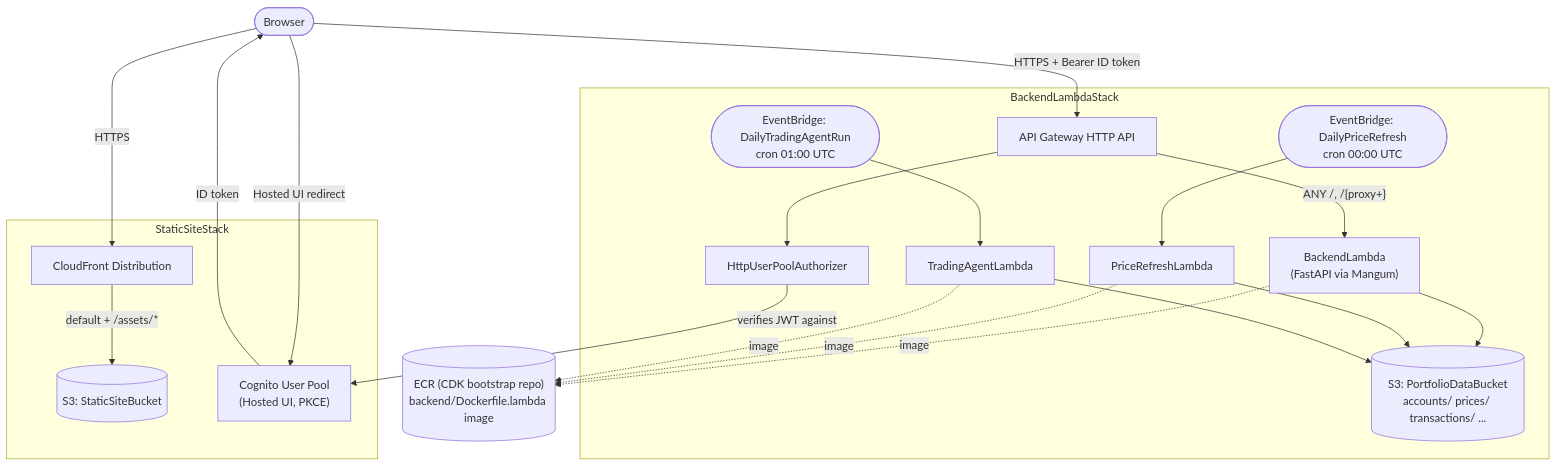
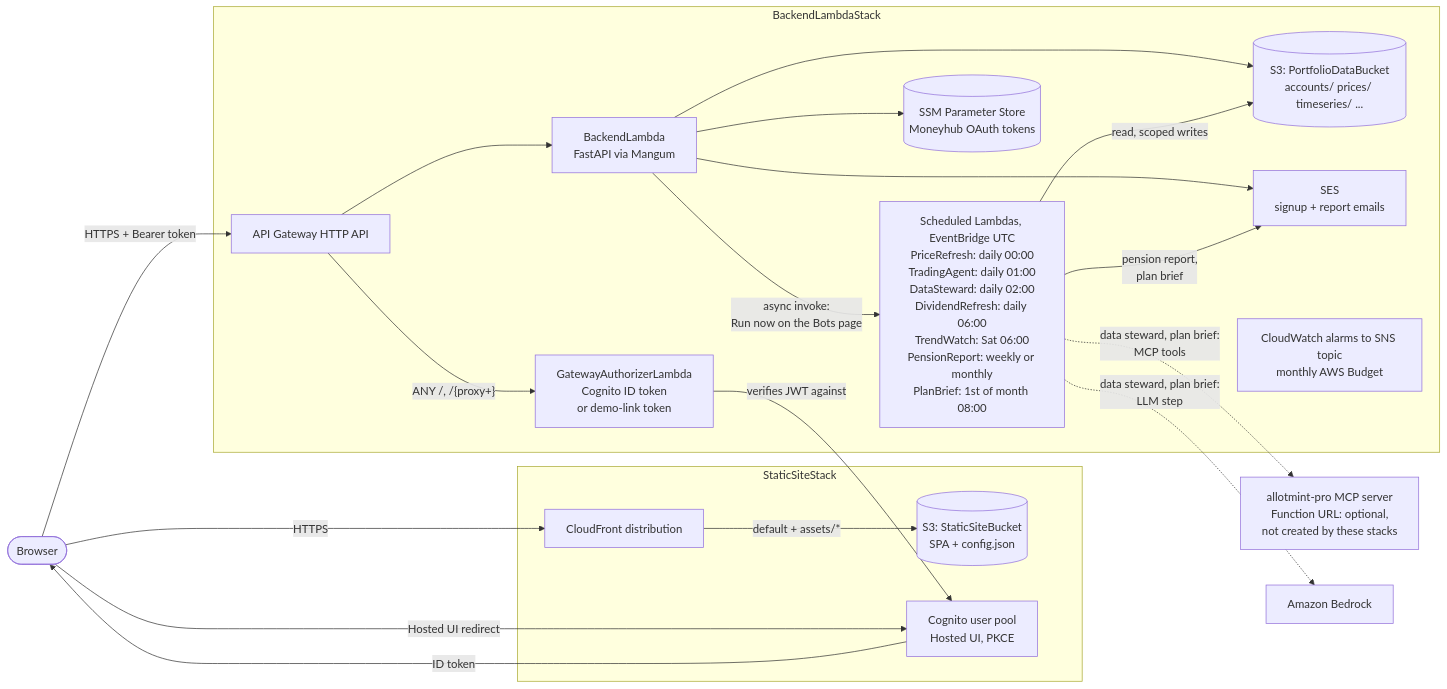
Before and after one commit to leonarduk/allotmint: the third of 4 diagrams in README.md, drawn with Mermaid. The commit also changed other lines of this file, not shown here.

First line of the commit message:
docs(readme): add system-overview and agent-workflow diagrams; refresh AWS diagrams and open-core table (#10644)

````diff
--- a/README.md
+++ b/README.md
@@ -52,40 +173,41 @@
 ```mermaid
-flowchart TD
+flowchart LR
     Browser(["Browser"])
 
     subgraph StaticSiteStack["StaticSiteStack"]
-        CF["CloudFront Distribution"]
-        S3Static[("S3: StaticSiteBucket")]
-        Cognito["Cognito User Pool\n(Hosted UI, PKCE)"]
+        CF["CloudFront distribution"]
+        S3Static[("S3: StaticSiteBucket<br/>SPA + config.json")]
+        Cognito["Cognito user pool<br/>Hosted UI, PKCE"]
     end
 
     subgraph BackendLambdaStack["BackendLambdaStack"]
         APIGW["API Gateway HTTP API"]
-        Authorizer["HttpUserPoolAuthorizer"]
-        Lambda["BackendLambda\n(FastAPI via Mangum)"]
-        S3Data[("S3: PortfolioDataBucket\naccounts/ prices/ transactions/ ...")]
-        PriceLambda["PriceRefreshLambda"]
-        TradingLambda["TradingAgentLambda"]
-        RuleA(["EventBridge: DailyPriceRefresh\ncron 00:00 UTC"])
-        RuleB(["EventBridge: DailyTradingAgentRun\ncron 01:00 UTC"])
+        Authorizer["GatewayAuthorizerLambda<br/>Cognito ID token<br/>or demo-link token"]
+        Lambda["BackendLambda<br/>FastAPI via Mangum"]
+        Scheduled["Scheduled Lambdas, EventBridge UTC<br/>PriceRefresh: daily 00:00<br/>TradingAgent: daily 01:00<br/>DataSteward: daily 02:00<br/>DividendRefresh: daily 06:00<br/>TrendWatch: Sat 06:00<br/>PensionReport: weekly or monthly<br/>PlanBrief: 1st of month 08:00"]
+        S3Data[("S3: PortfolioDataBucket<br/>accounts/ prices/ timeseries/ ...")]
+        SSM[("SSM Parameter Store<br/>Moneyhub OAuth tokens")]
+        SES["SES<br/>signup + report emails"]
+        Ops["CloudWatch alarms to SNS topic<br/>monthly AWS Budget"]
     end
 
-    ECR[("ECR (CDK bootstrap repo)\nbackend/Dockerfile.lambda image")]
+    McpExt["allotmint-pro MCP server<br/>Function URL: optional,<br/>not created by these stacks"]
+    Bedrock["Amazon Bedrock"]
 
     Browser -- "HTTPS" --> CF
-    CF -- "default + /assets/*" --> S3Static
+    CF -- "default + assets/*" --> S3Static
     Browser -- "Hosted UI redirect" --> Cognito
     Cognito -- "ID token" --> Browser
-    Browser -- "HTTPS + Bearer ID token" --> APIGW
-    APIGW --> Authorizer
+    Browser -- "HTTPS + Bearer token" --> APIGW
+    APIGW -- "ANY /, /{proxy+}" --> Authorizer
     Authorizer -- "verifies JWT against" --> Cognito
-    APIGW -- "ANY /, /{proxy+}" --> Lambda
+    APIGW --> Lambda
     Lambda --> S3Data
-    RuleA --> PriceLambda
-    RuleB --> TradingLambda
-    PriceLambda --> S3Data
-    TradingLambda --> S3Data
-    Lambda -.image.-> ECR
-    PriceLambda -.image.-> ECR
-    TradingLambda -.image.-> ECR
+    Lambda --> SSM
+    Lambda --> SES
+    Lambda -- "async invoke:<br/>Run now on the Bots page" --> Scheduled
+    Scheduled -- "read, scoped writes" --> S3Data
+    Scheduled -- "pension report,<br/>plan brief" --> SES
+    Scheduled -. "data steward, plan brief:<br/>MCP tools" .-> McpExt
+    Scheduled -. "data steward, plan brief:<br/>LLM step" .-> Bedrock
 ```
````
